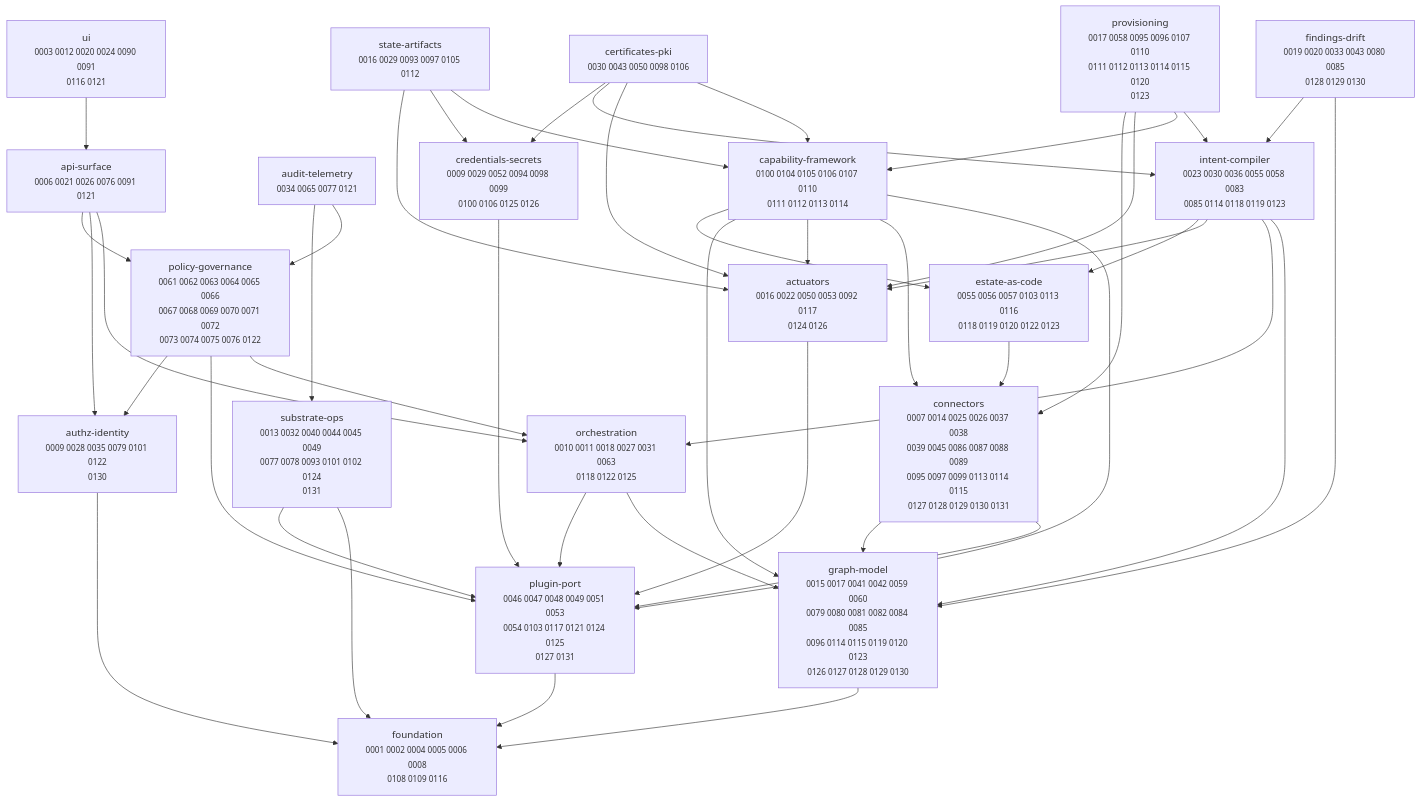
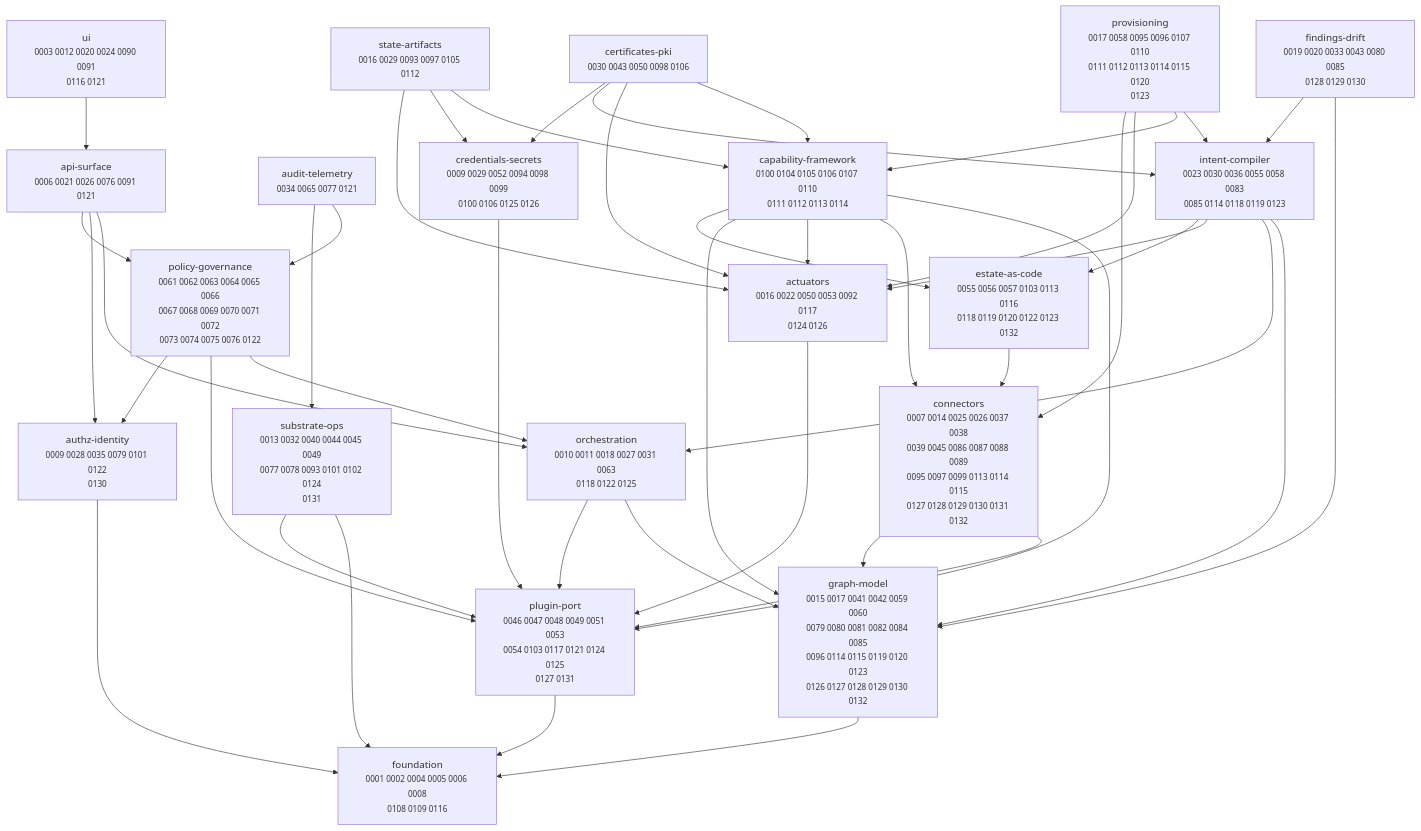
One commit to dstout-devops/stratt changed the diagram in docs/adr/MAP.md. Above: the diagram before and after it, drawn with Mermaid. The commit also changed other lines of this file and 21 other files, not shown here.

````diff
--- a/docs/adr/MAP.md
+++ b/docs/adr/MAP.md
@@ -11,67 +11,67 @@
 ```mermaid
 graph TD
   actuators["actuators<br/><small>0016 0022 0050 0053 0092 0117<br/>0124 0126</small>"]
   api_surface["api-surface<br/><small>0006 0021 0026 0076 0091 0121</small>"]
   audit_telemetry["audit-telemetry<br/><small>0034 0065 0077 0121</small>"]
   authz_identity["authz-identity<br/><small>0009 0028 0035 0079 0101 0122<br/>0130</small>"]
   capability_framework["capability-framework<br/><small>0100 0104 0105 0106 0107 0110<br/>0111 0112 0113 0114</small>"]
   certificates_pki["certificates-pki<br/><small>0030 0043 0050 0098 0106</small>"]
-  connectors["connectors<br/><small>0007 0014 0025 0026 0037 0038<br/>0039 0045 0086 0087 0088 0089<br/>0095 0097 0099 0113 0114 0115<br/>0127 0128 0129 0130 0131</small>"]
+  connectors["connectors<br/><small>0007 0014 0025 0026 0037 0038<br/>0039 0045 0086 0087 0088 0089<br/>0095 0097 0099 0113 0114 0115<br/>0127 0128 0129 0130 0131 0132</small>"]
   credentials_secrets["credentials-secrets<br/><small>0009 0029 0052 0094 0098 0099<br/>0100 0106 0125 0126</small>"]
-  estate_as_code["estate-as-code<br/><small>0055 0056 0057 0103 0113 0116<br/>0118 0119 0120 0122 0123</small>"]
+  estate_as_code["estate-as-code<br/><small>0055 0056 0057 0103 0113 0116<br/>0118 0119 0120 0122 0123 0132</small>"]
   findings_drift["findings-drift<br/><small>0019 0020 0033 0043 0080 0085<br/>0128 0129 0130</small>"]
   foundation["foundation<br/><small>0001 0002 0004 0005 0006 0008<br/>0108 0109 0116</small>"]
-  graph_model["graph-model<br/><small>0015 0017 0041 0042 0059 0060<br/>0079 0080 0081 0082 0084 0085<br/>0096 0114 0115 0119 0120 0123<br/>0126 0127 0128 0129 0130</small>"]
+  graph_model["graph-model<br/><small>0015 0017 0041 0042 0059 0060<br/>0079 0080 0081 0082 0084 0085<br/>0096 0114 0115 0119 0120 0123<br/>0126 0127 0128 0129 0130 0132</small>"]
   intent_compiler["intent-compiler<br/><small>0023 0030 0036 0055 0058 0083<br/>0085 0114 0118 0119 0123</small>"]
   orchestration["orchestration<br/><small>0010 0011 0018 0027 0031 0063<br/>0118 0122 0125</small>"]
   plugin_port["plugin-port<br/><small>0046 0047 0048 0049 0051 0053<br/>0054 0103 0117 0121 0124 0125<br/>0127 0131</small>"]
   policy_governance["policy-governance<br/><small>0061 0062 0063 0064 0065 0066<br/>0067 0068 0069 0070 0071 0072<br/>0073 0074 0075 0076 0122</small>"]
   provisioning["provisioning<br/><small>0017 0058 0095 0096 0107 0110<br/>0111 0112 0113 0114 0115 0120<br/>0123</small>"]
   state_artifacts["state-artifacts<br/><small>0016 0029 0093 0097 0105 0112</small>"]
   substrate_ops["substrate-ops<br/><small>0013 0032 0040 0044 0045 0049<br/>0077 0078 0093 0101 0102 0124<br/>0131</small>"]
   ui["ui<br/><small>0003 0012 0020 0024 0090 0091<br/>0116 0121</small>"]
 
   actuators --> plugin_port
   api_surface --> orchestration
   api_surface --> authz_identity
   api_surface --> policy_governance
   audit_telemetry --> policy_governance
   audit_telemetry --> substrate_ops
   authz_identity --> foundation
   capability_framework --> plugin_port
   capability_framework --> connectors
   capability_framework --> actuators
   capability_framework --> graph_model
   capability_framework --> estate_as_code
   certificates_pki --> capability_framework
   certificates_pki --> actuators
   certificates_pki --> intent_compiler
   certificates_pki --> credentials_secrets
   connectors --> plugin_port
   connectors --> graph_model
   credentials_secrets --> plugin_port
   estate_as_code --> connectors
   findings_drift --> graph_model
   findings_drift --> intent_compiler
   graph_model --> foundation
   intent_compiler --> graph_model
   intent_compiler --> orchestration
   intent_compiler --> actuators
   intent_compiler --> estate_as_code
   orchestration --> graph_model
   orchestration --> plugin_port
   plugin_port --> foundation
   policy_governance --> orchestration
   policy_governance --> plugin_port
   policy_governance --> authz_identity
   provisioning --> intent_compiler
   provisioning --> capability_framework
   provisioning --> actuators
   provisioning --> connectors
   state_artifacts --> capability_framework
   state_artifacts --> credentials_secrets
   state_artifacts --> actuators
   substrate_ops --> foundation
   substrate_ops --> plugin_port
   ui --> api_surface
 ```
````
